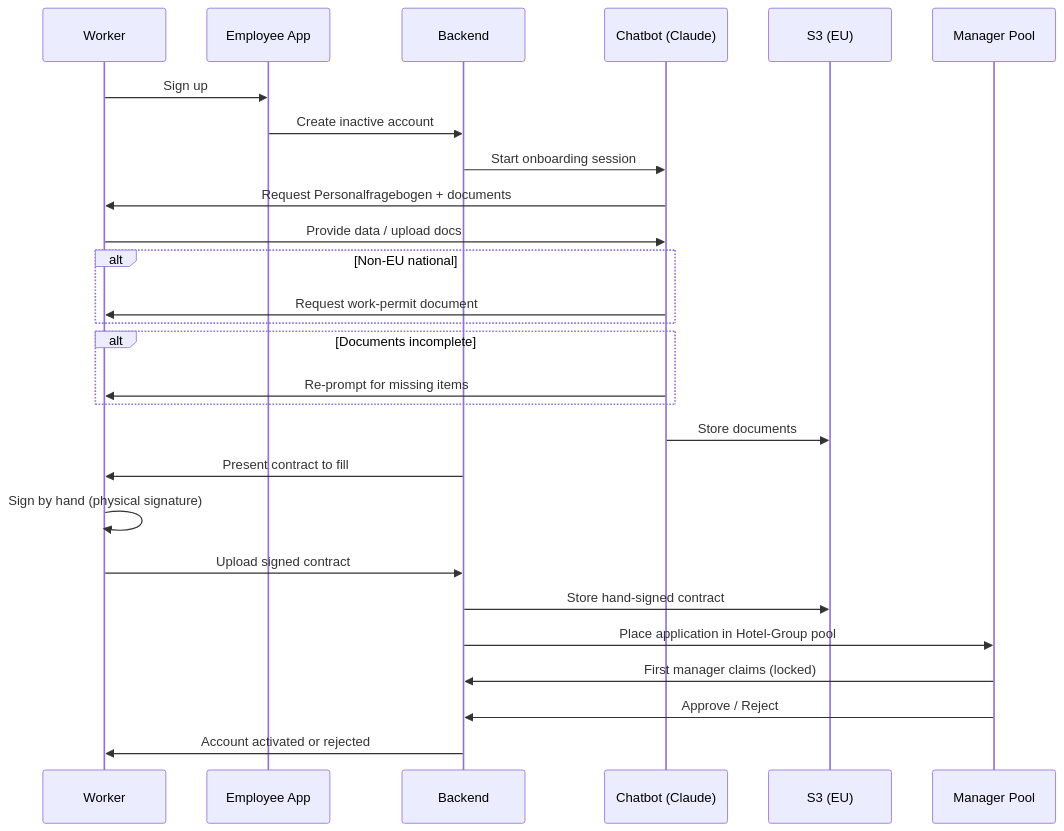
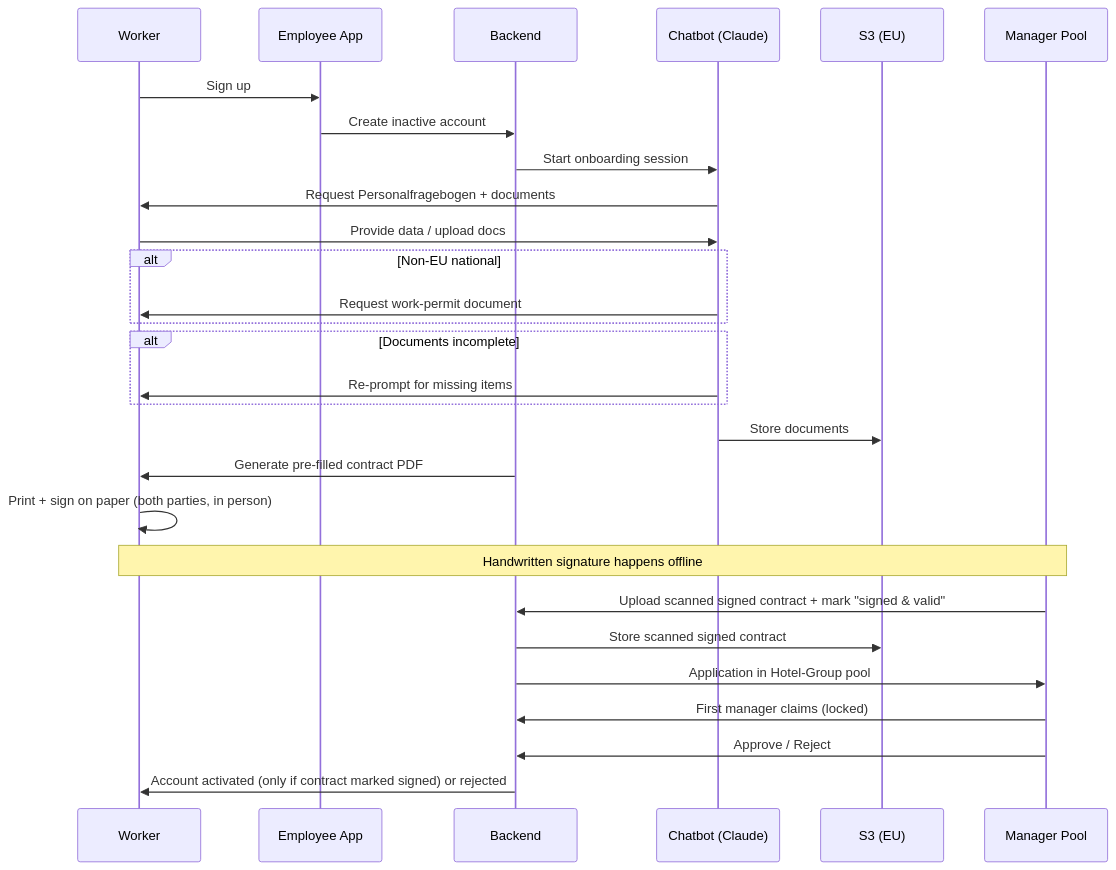
One commit to mayankk2101/Multi-Agent-Orchestration-Framework changed the second of 4 diagrams in docs/00-foundations/PIVOT_DESIGN_DOCUMENT.md. Above: the diagram before and after it, drawn with Mermaid. The commit also changed other lines of this file and 1 other file, not shown here.

Commit message:
Clarify contract signing as manager-confirmed scan upload (Option A)
Specifies exactly how the handwritten-signature contract flow works
end-to-end: the system generates a pre-filled PDF, both parties sign on
paper, and the manager uploads the scan and marks it "signed & valid" —
that confirmation (not signature detection) activates the account and
starts the 1-year expiry clock.

Claude-Session: https://claude.ai/code/session_012SgLmNFiK5viPrFoZYWtcn

````diff
--- a/docs/00-foundations/PIVOT_DESIGN_DOCUMENT.md
+++ b/docs/00-foundations/PIVOT_DESIGN_DOCUMENT.md
@@ -298,29 +302,30 @@
 ```mermaid
 sequenceDiagram
     participant W as Worker
     participant APP as Employee App
     participant BE as Backend
     participant BOT as Chatbot (Claude)
     participant S3 as S3 (EU)
     participant MP as Manager Pool
     W->>APP: Sign up
     APP->>BE: Create inactive account
     BE->>BOT: Start onboarding session
     BOT->>W: Request Personalfragebogen + documents
     W->>BOT: Provide data / upload docs
     alt Non-EU national
         BOT->>W: Request work-permit document
     end
     alt Documents incomplete
         BOT->>W: Re-prompt for missing items
     end
     BOT->>S3: Store documents
-    BE->>W: Present contract to fill
-    W->>W: Sign by hand (physical signature)
-    W->>BE: Upload signed contract
-    BE->>S3: Store hand-signed contract
-    BE->>MP: Place application in Hotel-Group pool
+    BE->>W: Generate pre-filled contract PDF
+    W->>W: Print + sign on paper (both parties, in person)
+    Note over W,MP: Handwritten signature happens offline
+    MP->>BE: Upload scanned signed contract + mark "signed & valid"
+    BE->>S3: Store scanned signed contract
+    BE->>MP: Application in Hotel-Group pool
     MP->>BE: First manager claims (locked)
     MP->>BE: Approve / Reject
-    BE->>W: Account activated or rejected
+    BE->>W: Account activated (only if contract marked signed) or rejected
 ```
````
